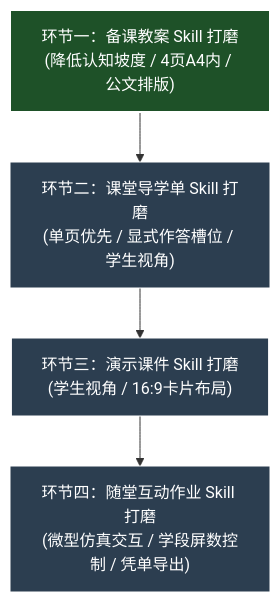
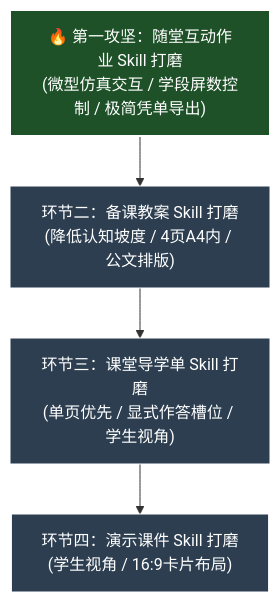
Before and after one commit to 4724656/it-lesson-studio: the diagram in AGENTS.md, drawn with Mermaid. The commit also changed other lines of this file, not shown here.

````diff
--- a/AGENTS.md
+++ b/AGENTS.md
@@ -71,10 +73,10 @@
 ```mermaid
 flowchart TD
-    S1["环节一：备课教案 Skill 打磨<br/>(降低认知坡度 / 4页A4内 / 公文排版)"] --> S2["环节二：课堂导学单 Skill 打磨<br/>(单页优先 / 显式作答槽位 / 学生视角)"]
-    S2 --> S3["环节三：演示课件 Skill 打磨<br/>(学生视角 / 16:9卡片布局)"]
-    S3 --> S4["环节四：随堂互动作业 Skill 打磨<br/>(微型仿真交互 / 学段屏数控制 / 凭单导出)"]
+    S1["🔥 第一攻坚：随堂互动作业 Skill 打磨<br/>(微型仿真交互 / 学段屏数控制 / 极简凭单导出)"] --> S2["环节二：备课教案 Skill 打磨<br/>(降低认知坡度 / 4页A4内 / 公文排版)"]
+    S2 --> S3["环节三：课堂导学单 Skill 打磨<br/>(单页优先 / 显式作答槽位 / 学生视角)"]
+    S3 --> S4["环节四：演示课件 Skill 打磨<br/>(学生视角 / 16:9卡片布局)"]
     style S1 fill:#1E5128,stroke:#fff,stroke-width:2px,color:#fff
     style S2 fill:#2C3E50,stroke:#fff,stroke-width:1px,color:#fff
     style S3 fill:#2C3E50,stroke:#fff,stroke-width:1px,color:#fff
     style S4 fill:#2C3E50,stroke:#fff,stroke-width:1px,color:#fff
 ```
````
